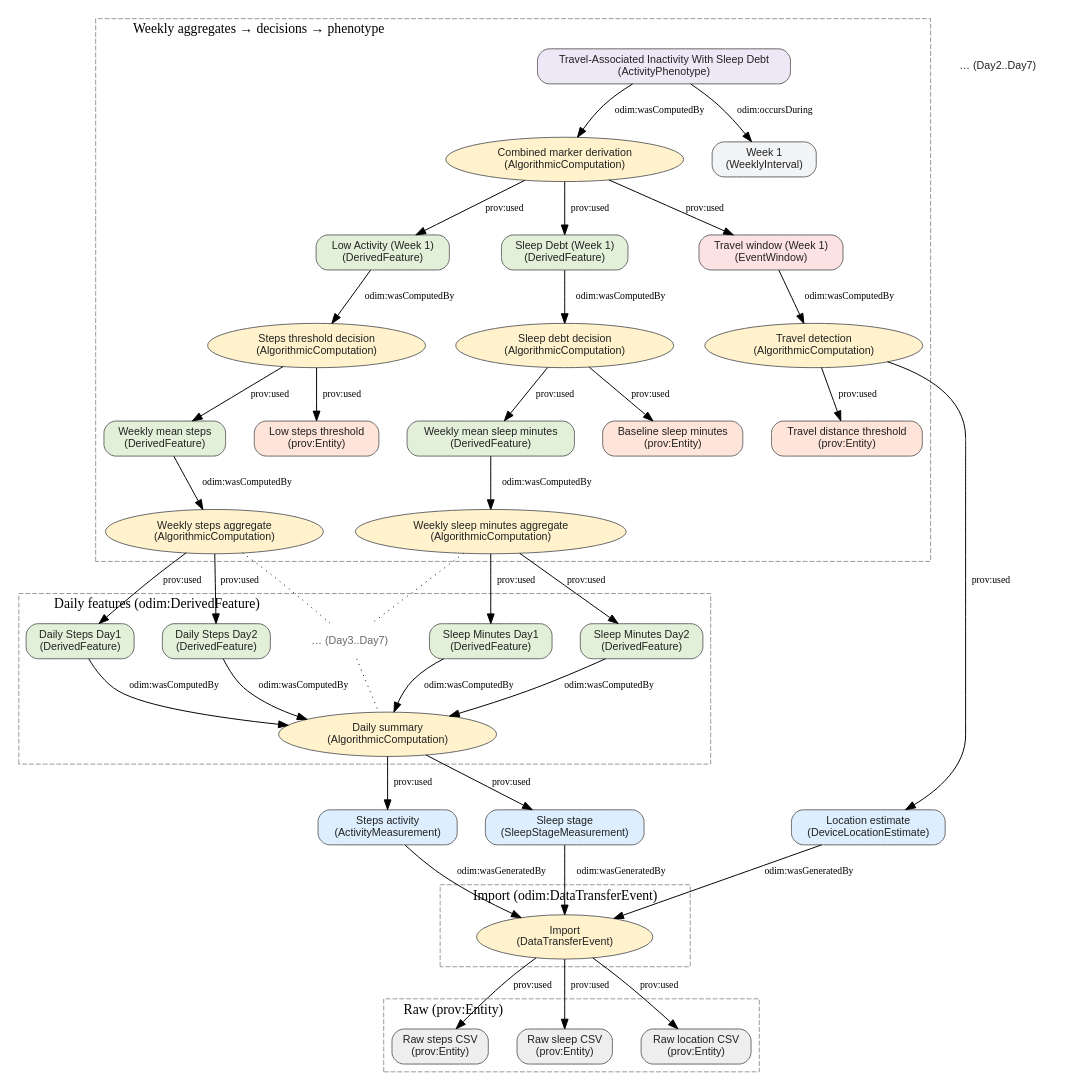
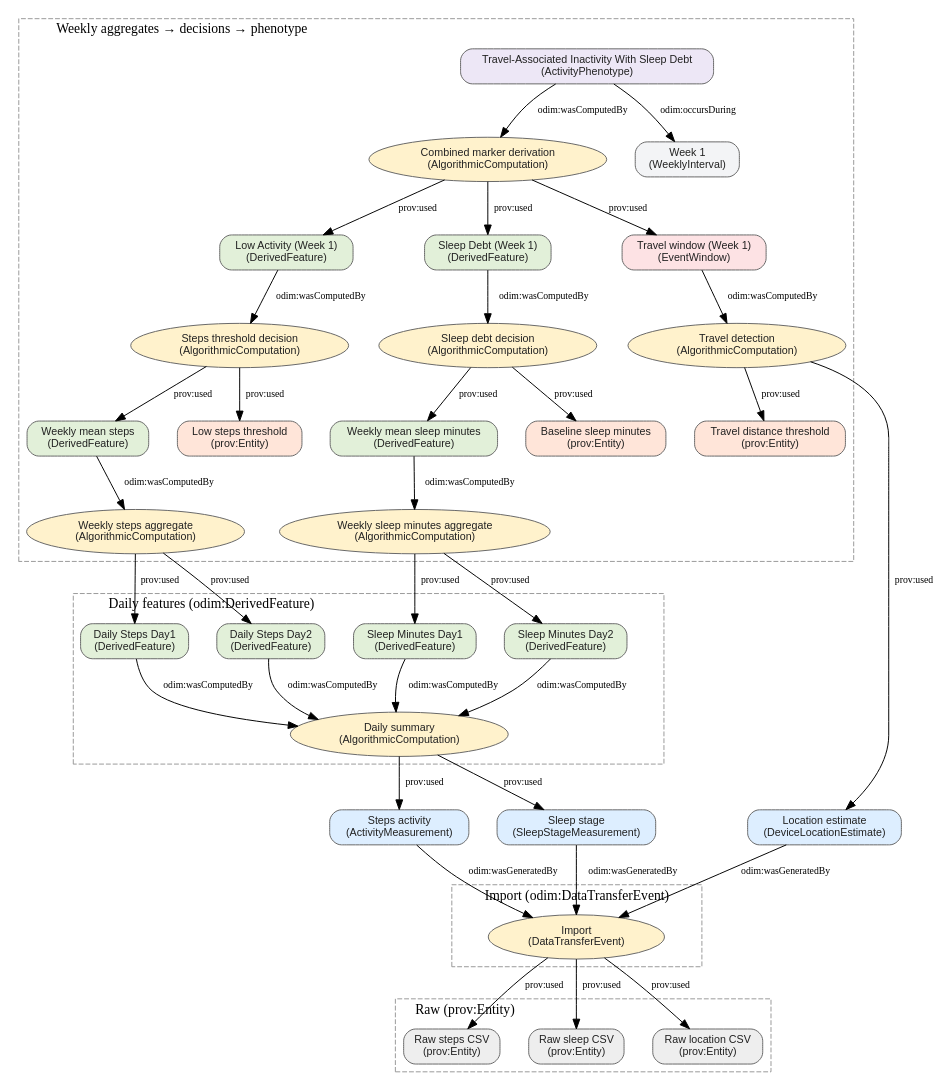
Before and after one commit to MentalHealthMission/MHM-ontology: the diagram in docs/presentation/demo_graph.dot, drawn with Graphviz. The commit also changed 1 other file, not shown here.

Commit message:
docs(presentation): remove dangling Day2..Day7 placeholders from observations and daily features

```diff
--- a/docs/presentation/demo_graph.dot
+++ b/docs/presentation/demo_graph.dot
@@ -1,123 +1,123 @@
 digraph DemoFlow {
   rankdir=TB;
   splines=true;
   nodesep=0.4;
   ranksep=0.6;
 
   // Default node styles
   node [fontname="Helvetica", fontsize=11, style="rounded,filled", color="#666666", fontcolor="#222222", fillcolor="white", penwidth=1.0];
 
   // Legend removed for presentation clarity
 
   // Raw entities (prov:Entity)
   subgraph cluster_raw {
     label="Raw (prov:Entity)"; style=dashed; color=gray60; labelloc="t"; labeljust="l";
     RawSteps [label="Raw steps CSV\n(prov:Entity)", shape=box, fillcolor="#EEEEEE"];
     RawSleep [label="Raw sleep CSV\n(prov:Entity)", shape=box, fillcolor="#EEEEEE"];
     RawLoc   [label="Raw location CSV\n(prov:Entity)", shape=box, fillcolor="#EEEEEE"];
   }
 
   // Import activity
   subgraph cluster_import {
     label="Import (odim:DataTransferEvent)"; style=dashed; color=gray60; labelloc="t"; labeljust="l";
     Import [label="Import\n(DataTransferEvent)", shape=ellipse, fillcolor="#FFF2CC"];
   }
 
   // Observations (entities)
   subgraph cluster_obs {
     label=""; style=invis; color=gray60;
     ObsSteps [label="Steps activity\n(ActivityMeasurement)", shape=box, fillcolor="#DDEEFF"];
     ObsSleep [label="Sleep stage\n(SleepStageMeasurement)", shape=box, fillcolor="#DDEEFF"];
     ObsLoc   [label="Location estimate\n(DeviceLocationEstimate)", shape=box, fillcolor="#DDEEFF"];
-    ObsDots  [label="… (Day2..Day7)", shape=plaintext];
+    
   }
 
   // Daily computation + features (steps + sleep minutes)
   subgraph cluster_daily {
     label="Daily features (odim:DerivedFeature)"; style=dashed; color=gray60; labelloc="t"; labeljust="l";
     DailyComp [label="Daily summary\n(AlgorithmicComputation)", shape=ellipse, fillcolor="#FFF2CC"];
     F1 [label="Daily Steps Day1\n(DerivedFeature)", shape=box, fillcolor="#E2F0D9"];
     F2 [label="Daily Steps Day2\n(DerivedFeature)", shape=box, fillcolor="#E2F0D9"];
-    FDots [label="… (Day3..Day7)", shape=plaintext, color="#888888", fontcolor="#666666"];
+    
     SQ1 [label="Sleep Minutes Day1\n(DerivedFeature)", shape=box, fillcolor="#E2F0D9"];
     SQ2 [label="Sleep Minutes Day2\n(DerivedFeature)", shape=box, fillcolor="#E2F0D9"];
   }
 
   // Weekly aggregation + decisions + combined phenotype
   subgraph cluster_weekly {
     label="Weekly aggregates → decisions → phenotype"; style=dashed; color=gray60; labelloc="t"; labeljust="l";
     WeeklySteps [label="Weekly steps aggregate\n(AlgorithmicComputation)", shape=ellipse, fillcolor="#FFF2CC"];
     MeanSteps [label="Weekly mean steps\n(DerivedFeature)", shape=box, fillcolor="#E2F0D9"];
     Thresh [label="Low steps threshold\n(prov:Entity)", shape=box, fillcolor="#FFE5D9"];
     StepsDecision [label="Steps threshold decision\n(AlgorithmicComputation)", shape=ellipse, fillcolor="#FFF2CC"];
     Marker [label="Low Activity (Week 1)\n(DerivedFeature)", shape=box, style="rounded,filled", fillcolor="#E2F0D9"];
 
     WeeklySleep [label="Weekly sleep minutes aggregate\n(AlgorithmicComputation)", shape=ellipse, fillcolor="#FFF2CC"];
     MeanSleep [label="Weekly mean sleep minutes\n(DerivedFeature)", shape=box, fillcolor="#E2F0D9"];
     SleepBaseline [label="Baseline sleep minutes\n(prov:Entity)", shape=box, fillcolor="#FFE5D9"];
     SleepDebtDecision [label="Sleep debt decision\n(AlgorithmicComputation)", shape=ellipse, fillcolor="#FFF2CC"];
     SleepDebt [label="Sleep Debt (Week 1)\n(DerivedFeature)", shape=box, fillcolor="#E2F0D9"];
 
     Combine [label="Combined marker derivation\n(AlgorithmicComputation)", shape=ellipse, fillcolor="#FFF2CC"];
     Phenotype [label="Travel-Associated Inactivity With Sleep Debt\n(ActivityPhenotype)", shape=box, style="rounded,filled", fillcolor="#EDE7F6"];
     Week [label="Week 1\n(WeeklyInterval)", shape=box, fillcolor="#F3F4F6"];
 
     // Travel detection elements placed within weekly cluster
     TravelDetect [label="Travel detection\n(AlgorithmicComputation)", shape=ellipse, fillcolor="#FFF2CC"];
     TravelWin [label="Travel window (Week 1)\n(EventWindow)", shape=box, fillcolor="#FDE2E4"];
     TravelThresh [label="Travel distance threshold\n(prov:Entity)", shape=box, fillcolor="#FFE5D9"];
   }
 
   // Edges with exact predicates
   // Import used raw files (prov:used: Activity -> Entity)
   Import -> RawSteps [label="prov:used", fontsize=10];
   Import -> RawSleep [label="prov:used", fontsize=10];
   Import -> RawLoc   [label="prov:used", fontsize=10];
 
   // Observations were generated by Import (odim:wasGeneratedBy: Entity -> Activity)
   ObsSteps -> Import [label="odim:wasGeneratedBy", fontsize=10];
   ObsSleep -> Import [label="odim:wasGeneratedBy", fontsize=10];
   ObsLoc   -> Import [label="odim:wasGeneratedBy", fontsize=10];
   {rank=same; ObsSteps; ObsSleep; ObsLoc;}
 
   // Daily computation used observations (prov:used)
   DailyComp -> ObsSteps [label="prov:used", fontsize=10];
   DailyComp -> ObsSleep [label="prov:used", fontsize=10];
 
   // Travel detection from location observations (nodes defined in weekly cluster)
   TravelDetect -> ObsLoc [label="prov:used", fontsize=10];
   TravelDetect -> TravelThresh [label="prov:used", fontsize=10];
   TravelWin -> TravelDetect [label="odim:wasComputedBy", fontsize=10];
 
   // Daily features were computed by DailyComp (odim:wasComputedBy)
   F1 -> DailyComp [label="odim:wasComputedBy", fontsize=10];
   F2 -> DailyComp [label="odim:wasComputedBy", fontsize=10];
   SQ1 -> DailyComp [label="odim:wasComputedBy", fontsize=10];
   SQ2 -> DailyComp [label="odim:wasComputedBy", fontsize=10];
-  FDots -> DailyComp [style=dotted, arrowhead=none];
+  
 
   // Weekly steps aggregate and decision
   WeeklySteps -> F1 [label="prov:used", fontsize=10];
   WeeklySteps -> F2 [label="prov:used", fontsize=10];
-  WeeklySteps -> FDots [style=dotted, arrowhead=none];
+  
   MeanSteps -> WeeklySteps [label="odim:wasComputedBy", fontsize=10];
   StepsDecision -> MeanSteps [label="prov:used", fontsize=10];
   StepsDecision -> Thresh [label="prov:used", fontsize=10];
   Marker -> StepsDecision [label="odim:wasComputedBy", fontsize=10];
 
   // Weekly sleep minutes aggregate + sleep debt decision
   WeeklySleep -> SQ1 [label="prov:used", fontsize=10];
   WeeklySleep -> SQ2 [label="prov:used", fontsize=10];
-  WeeklySleep -> FDots [style=dotted, arrowhead=none];
+  
   MeanSleep -> WeeklySleep [label="odim:wasComputedBy", fontsize=10];
   SleepDebtDecision -> MeanSleep [label="prov:used", fontsize=10];
   SleepDebtDecision -> SleepBaseline [label="prov:used", fontsize=10];
   SleepDebt -> SleepDebtDecision [label="odim:wasComputedBy", fontsize=10];
 
   // Combined phenotype marker
   Combine -> Marker [label="prov:used", fontsize=10];
   Combine -> SleepDebt [label="prov:used", fontsize=10];
   Combine -> TravelWin [label="prov:used", fontsize=10];
   Phenotype -> Combine [label="odim:wasComputedBy", fontsize=10];
   Phenotype -> Week [label="odim:occursDuring", fontsize=10];
 }
```
